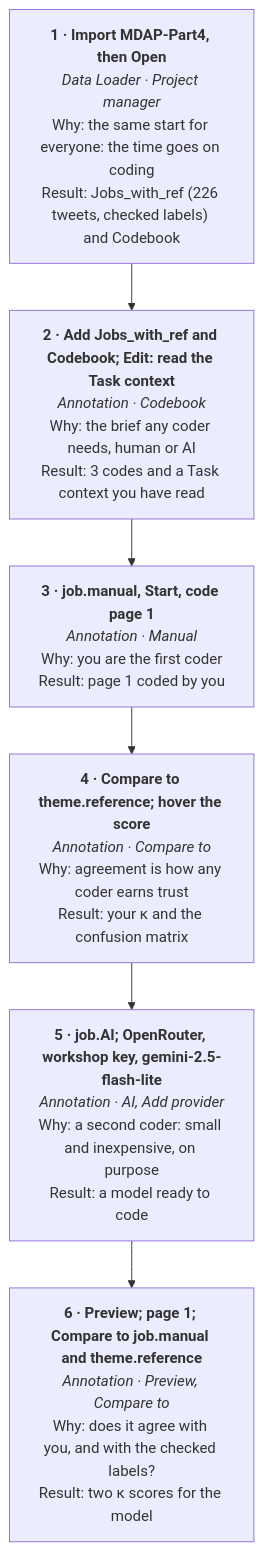
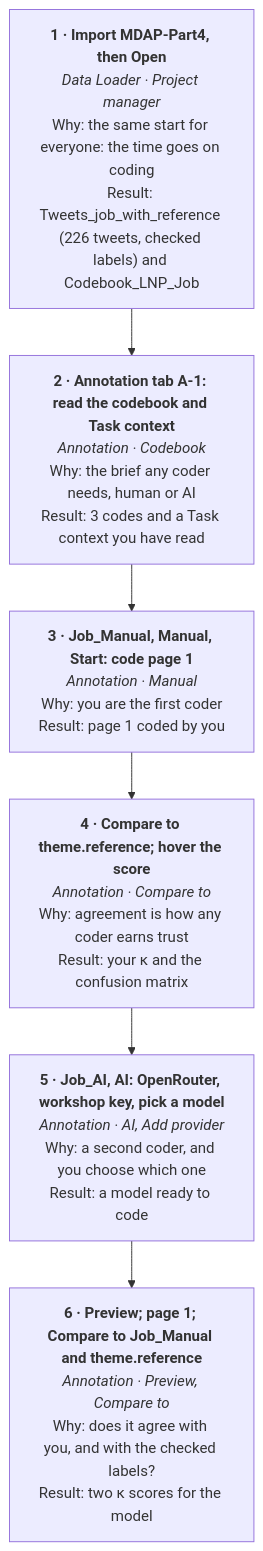
The fourth of 4 diagrams in participant/hands-on-melbourne.md (milysun/wordflow-workshop), drawn with Mermaid before and after one commit. The commit also changed other lines of this file and 14 other files, not shown here.

````diff
--- a/participant/hands-on-melbourne.md
+++ b/participant/hands-on-melbourne.md
@@ -229,28 +227,28 @@
 ```mermaid
 flowchart TD
   s1["`**1 · Import MDAP-Part4, then Open**
 *Data Loader · Project manager*
 Why: the same start for everyone: the time goes on coding
-Result: Jobs_with_ref (226 tweets, checked labels) and Codebook`"]
-  s2["`**2 · Add Jobs_with_ref and Codebook; Edit: read the Task context**
+Result: Tweets_job_with_reference (226 tweets, checked labels) and Codebook_LNP_Job`"]
+  s2["`**2 · Annotation tab A-1: read the codebook and Task context**
 *Annotation · Codebook*
 Why: the brief any coder needs, human or AI
 Result: 3 codes and a Task context you have read`"]
-  s3["`**3 · job.manual, Start, code page 1**
+  s3["`**3 · Job_Manual, Manual, Start: code page 1**
 *Annotation · Manual*
 Why: you are the first coder
 Result: page 1 coded by you`"]
   s4["`**4 · Compare to theme.reference; hover the score**
 *Annotation · Compare to*
 Why: agreement is how any coder earns trust
 Result: your κ and the confusion matrix`"]
-  s5["`**5 · job.AI; OpenRouter, workshop key, gemini-2.5-flash-lite**
+  s5["`**5 · Job_AI, AI: OpenRouter, workshop key, pick a model**
 *Annotation · AI, Add provider*
-Why: a second coder: small and inexpensive, on purpose
+Why: a second coder, and you choose which one
 Result: a model ready to code`"]
-  s6["`**6 · Preview; page 1; Compare to job.manual and theme.reference**
+  s6["`**6 · Preview; page 1; Compare to Job_Manual and theme.reference**
 *Annotation · Preview, Compare to*
 Why: does it agree with you, and with the checked labels?
 Result: two κ scores for the model`"]
   s1 --> s2 --> s3 --> s4 --> s5 --> s6
 ```
````
